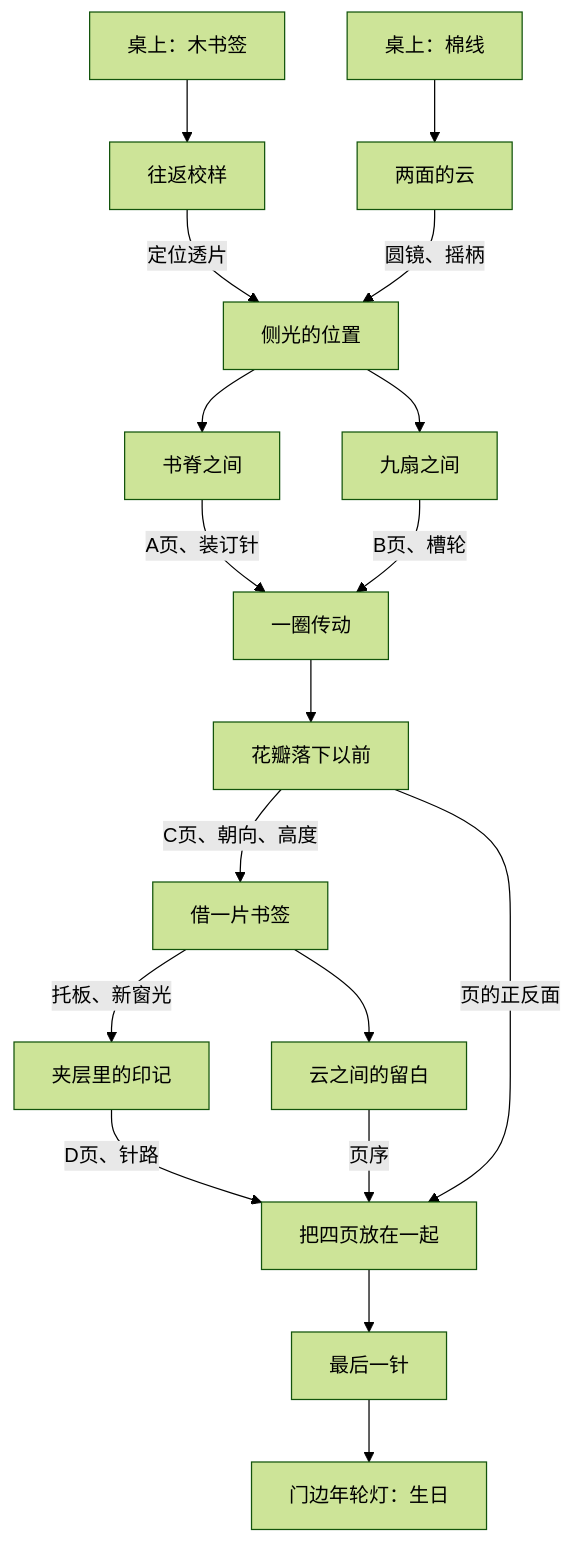
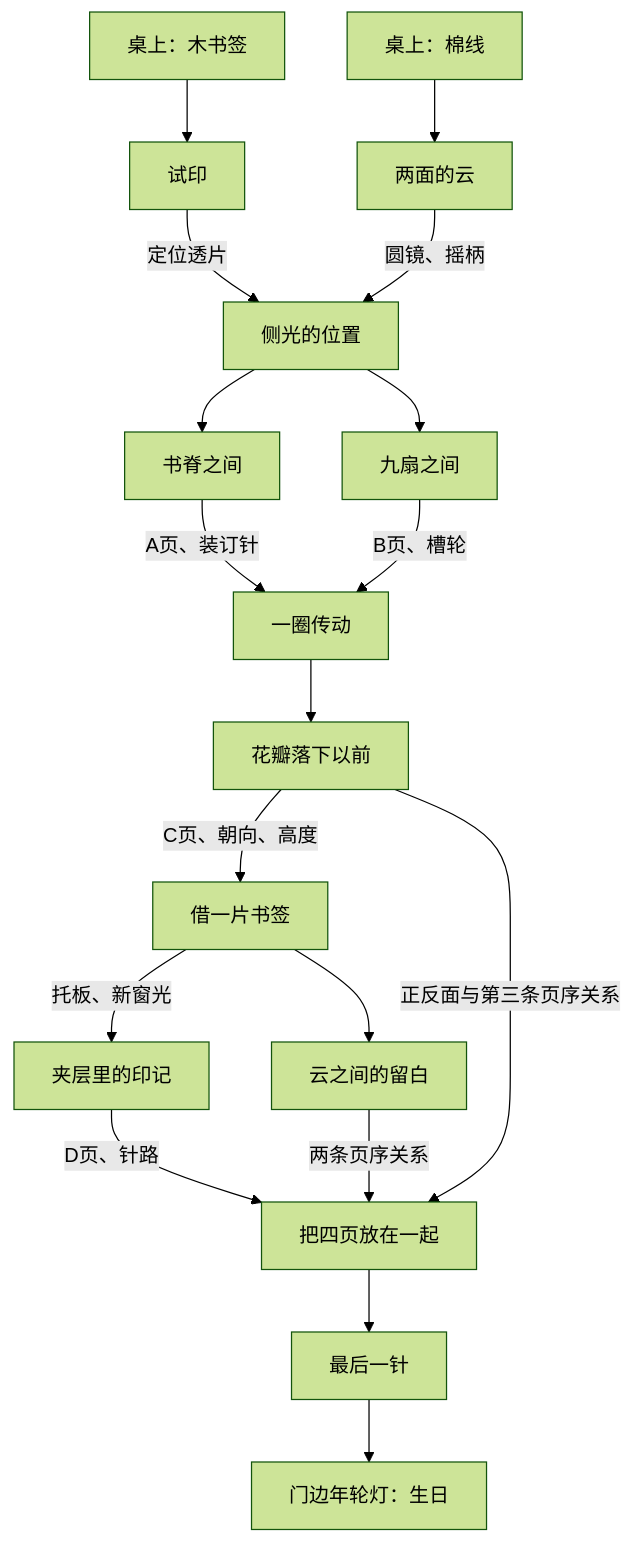
One commit to liu2024whu-bit/smallgame changed the diagram in docs/puzzle-design.md. Above: the diagram before and after it, drawn with Mermaid (forest theme). The commit also changed other lines of this file and 79 other files, not shown here.

````diff
--- a/docs/puzzle-design.md
+++ b/docs/puzzle-design.md
@@ -7,20 +7,20 @@
 ```mermaid
 flowchart TD
-    W[桌上：木书签] --> P[往返校样]
+    W[桌上：木书签] --> P[试印]
     T[桌上：棉线] --> C[两面的云]
     P -->|定位透片| L[侧光的位置]
     C -->|圆镜、摇柄| L
     L --> B[书脊之间]
     L --> S[九扇之间]
     B -->|A页、装订针| R[一圈传动]
     S -->|B页、槽轮| R
     R --> F[花瓣落下以前]
     F -->|C页、朝向、高度| H[借一片书签]
     H -->|托板、新窗光| PB[夹层里的印记]
     H --> CG[云之间的留白]
     PB -->|D页、针路| A[把四页放在一起]
-    CG -->|页序| A
-    F -->|页的正反面| A
+    CG -->|两条页序关系| A
+    F -->|正反面与第三条页序关系| A
     A --> ST[最后一针]
     ST --> E[门边年轮灯：生日]
 ```
````
